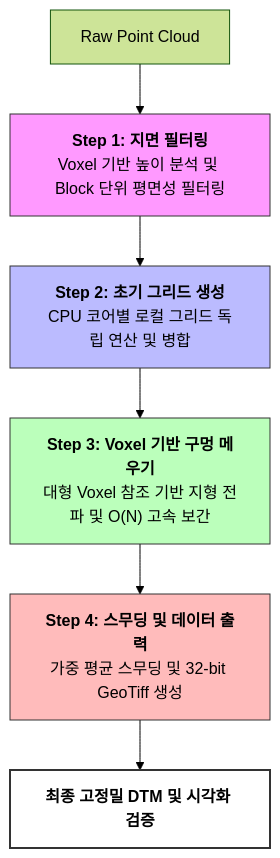
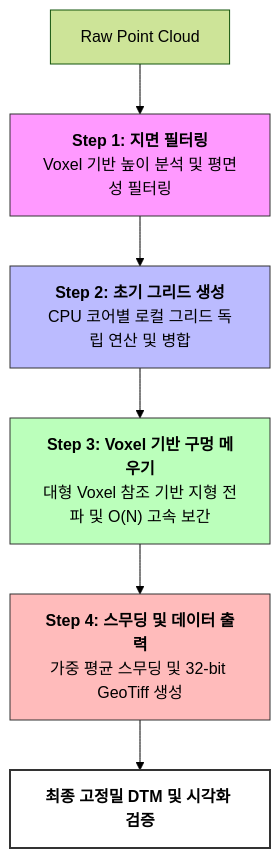
The diagram in _projects/indonesia_gis.md (jinwoo-Sync/jinwoo-Sync.github.io), drawn with Mermaid (forest theme) before and after one commit. The commit also changed other lines of this file, not shown here.

````diff
--- a/_projects/indonesia_gis.md
+++ b/_projects/indonesia_gis.md
@@ -47,14 +44,14 @@
 ```mermaid
 graph TD
-    Raw["Raw Point Cloud"] --> Step1["<b>Step 1: 지면 필터링</b><br/>Voxel 기반 높이 분석 및 Block 단위 평면성 필터링"]
+    Raw["Raw Point Cloud"] --> Step1["<b>Step 1: 지면 필터링</b><br/>Voxel 기반 높이 분석 및 평면성 필터링"]
     Step1 --> Step2["<b>Step 2: 초기 그리드 생성</b><br/>CPU 코어별 로컬 그리드 독립 연산 및 병합"]
     Step2 --> Step3["<b>Step 3: Voxel 기반 구멍 메우기</b><br/>대형 Voxel 참조 기반 지형 전파 및 O(N) 고속 보간"]
     Step3 --> Step4["<b>Step 4: 스무딩 및 데이터 출력</b><br/>가중 평균 스무딩 및 32-bit GeoTiff 생성"]
     Step4 --> FinalDTM["<b>최종 고정밀 DTM 및 시각화 검증</b>"]
 
     style Step1 fill:#f9f,stroke:#333,stroke-width:1px
     style Step2 fill:#bbf,stroke:#333,stroke-width:1px
     style Step3 fill:#bfb,stroke:#333,stroke-width:1px
     style Step4 fill:#fbb,stroke:#333,stroke-width:1px
     style FinalDTM fill:#fff,stroke:#333,stroke-width:2px
 ```
````
